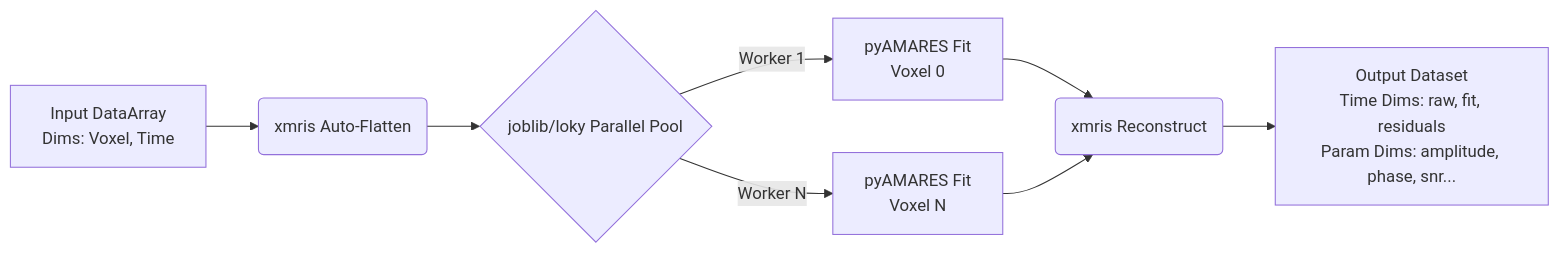
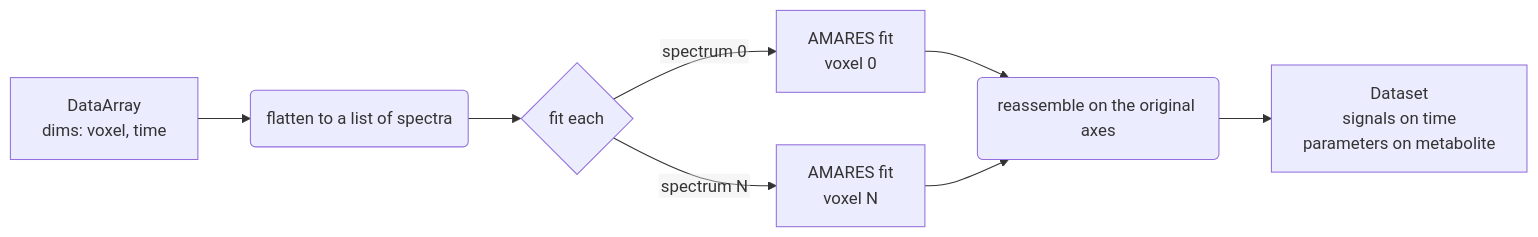
Before and after one commit to andrewendlinger/xmris: the diagram in docs/notebooks/fitting/pyamares.md, drawn with Mermaid. The commit also changed other lines of this file and 30 other files, not shown here.

````diff
--- a/docs/notebooks/fitting/pyamares.md
+++ b/docs/notebooks/fitting/pyamares.md
@@ -52,10 +169,11 @@
 ```{mermaid}
+%%{init: {'flowchart': {'htmlLabels': false}}}%%
 graph LR
-    A[Input DataArray<br>Dims: Voxel, Time] --> B(xmris Auto-Flatten)
-    B --> C{joblib/loky Parallel Pool}
-    C -->|Worker 1| D[pyAMARES Fit<br>Voxel 0]
-    C -->|Worker N| E[pyAMARES Fit<br>Voxel N]
-    D --> F(xmris Reconstruct)
+    A["DataArray<br>dims: voxel, time"] --> B("flatten to a list of spectra")
+    B --> C{"fit each"}
+    C -->|"spectrum 0"| D["AMARES fit<br>voxel 0"]
+    C -->|"spectrum N"| E["AMARES fit<br>voxel N"]
+    D --> F("reassemble on the original axes")
     E --> F
-    F --> G[Output Dataset<br>Time Dims: raw, fit, residuals<br>Param Dims: amplitude, phase, snr...]
+    F --> G["Dataset<br>signals on time<br>parameters on metabolite"]
 ```
````
